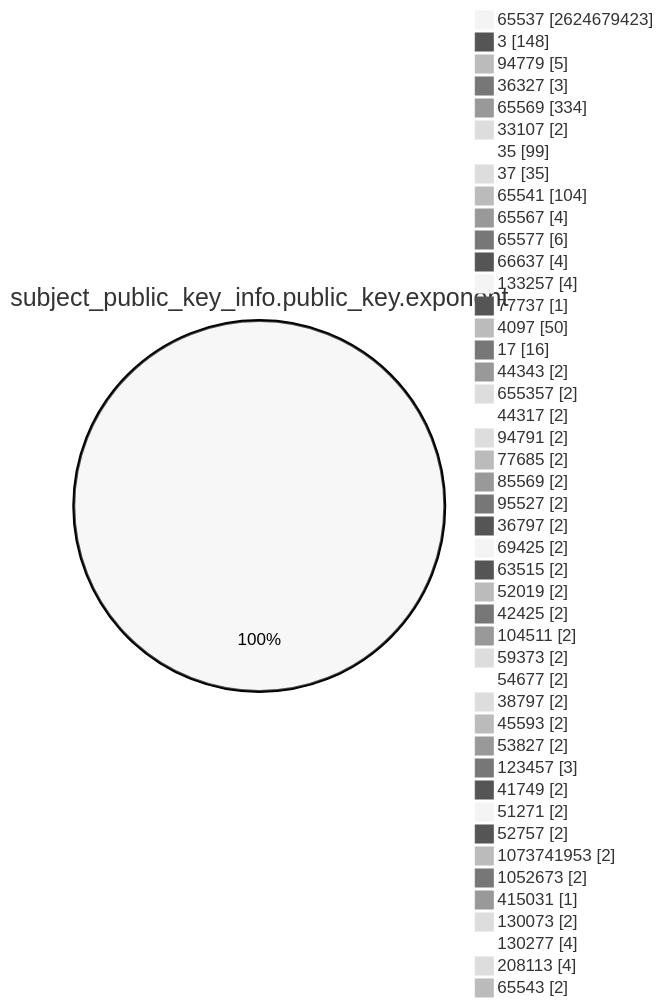
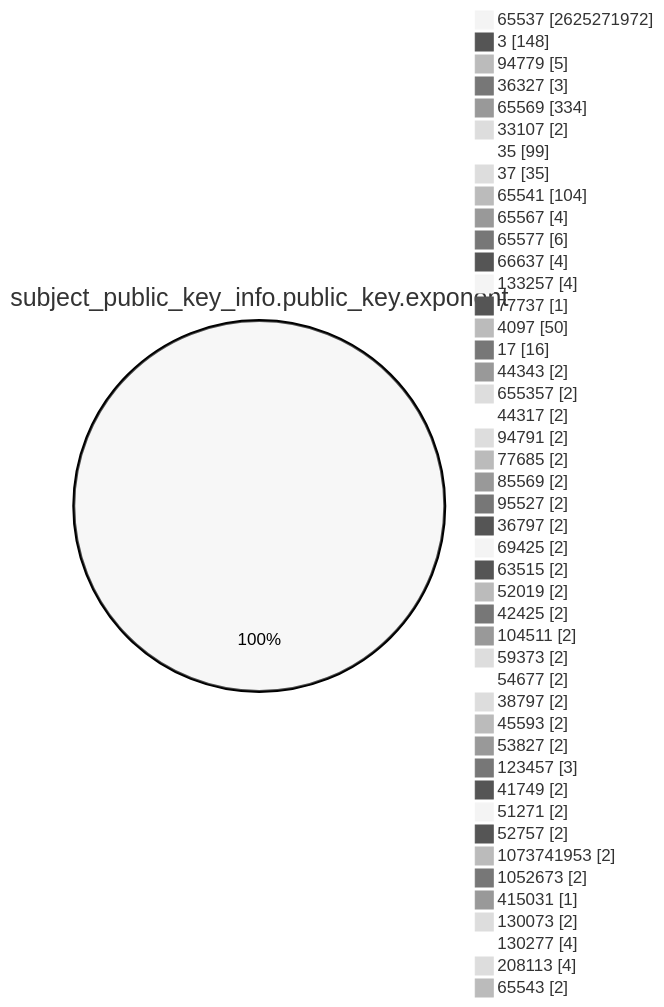
The fourth of 15 diagrams in TOTAL/README.md (christiankrug/ctmonitor_visualization), drawn with Mermaid (neutral theme) before and after one commit. The commit also changed other lines of this file, not shown here.

````diff
--- a/TOTAL/README.md
+++ b/TOTAL/README.md
@@ -1466,49 +1466,49 @@
 ```mermaid
 pie showData
 title subject_public_key_info.public_key.exponent
-"65537" :2624679423
+"65537" :2625271972
 "3" :148
 "94779" :5
 "36327" :3
 "65569" :334
 "33107" :2
 "35" :99
 "37" :35
 "65541" :104
 "65567" :4
 "65577" :6
 "66637" :4
 "133257" :4
 "77737" :1
 "4097" :50
 "17" :16
 "44343" :2
 "655357" :2
 "44317" :2
 "94791" :2
 "77685" :2
 "85569" :2
 "95527" :2
 "36797" :2
 "69425" :2
 "63515" :2
 "52019" :2
 "42425" :2
 "104511" :2
 "59373" :2
 "54677" :2
 "38797" :2
 "45593" :2
 "53827" :2
 "123457" :3
 "41749" :2
 "51271" :2
 "52757" :2
 "1073741953" :2
 "1052673" :2
 "415031" :1
 "130073" :2
 "130277" :4
 "208113" :4
 "65543" :2
 ```
````
